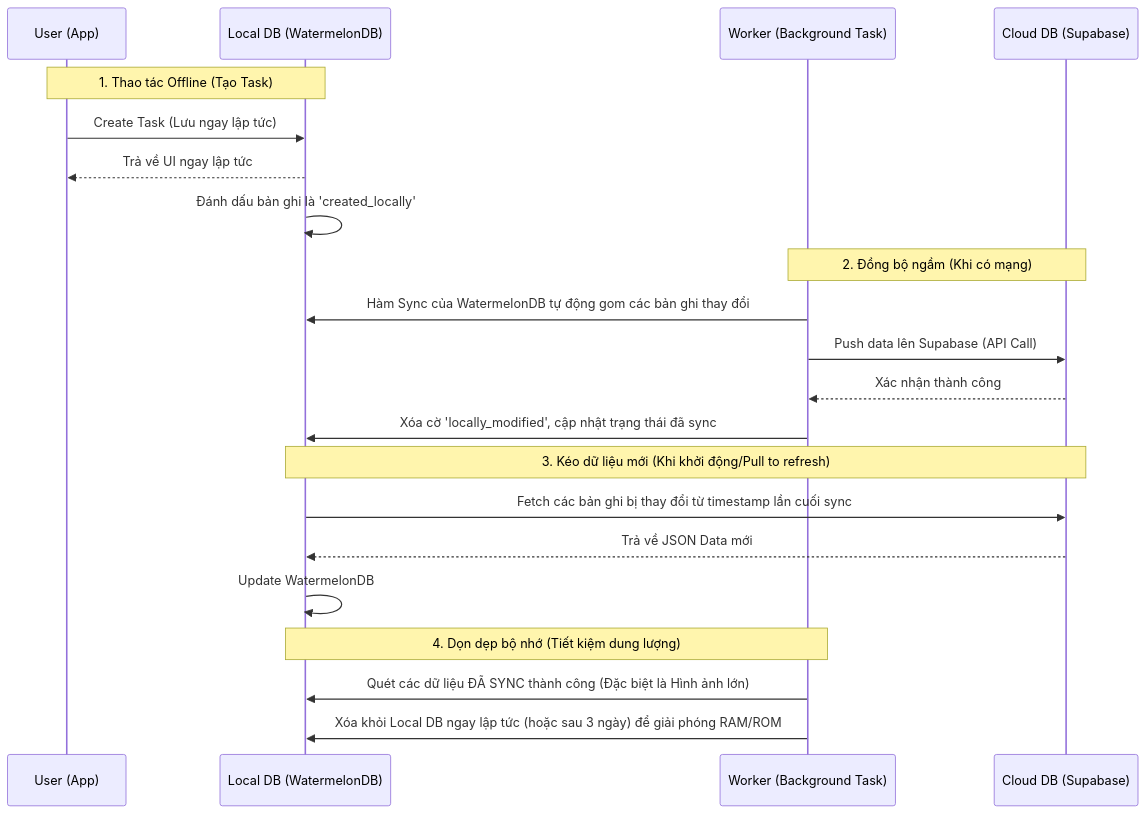
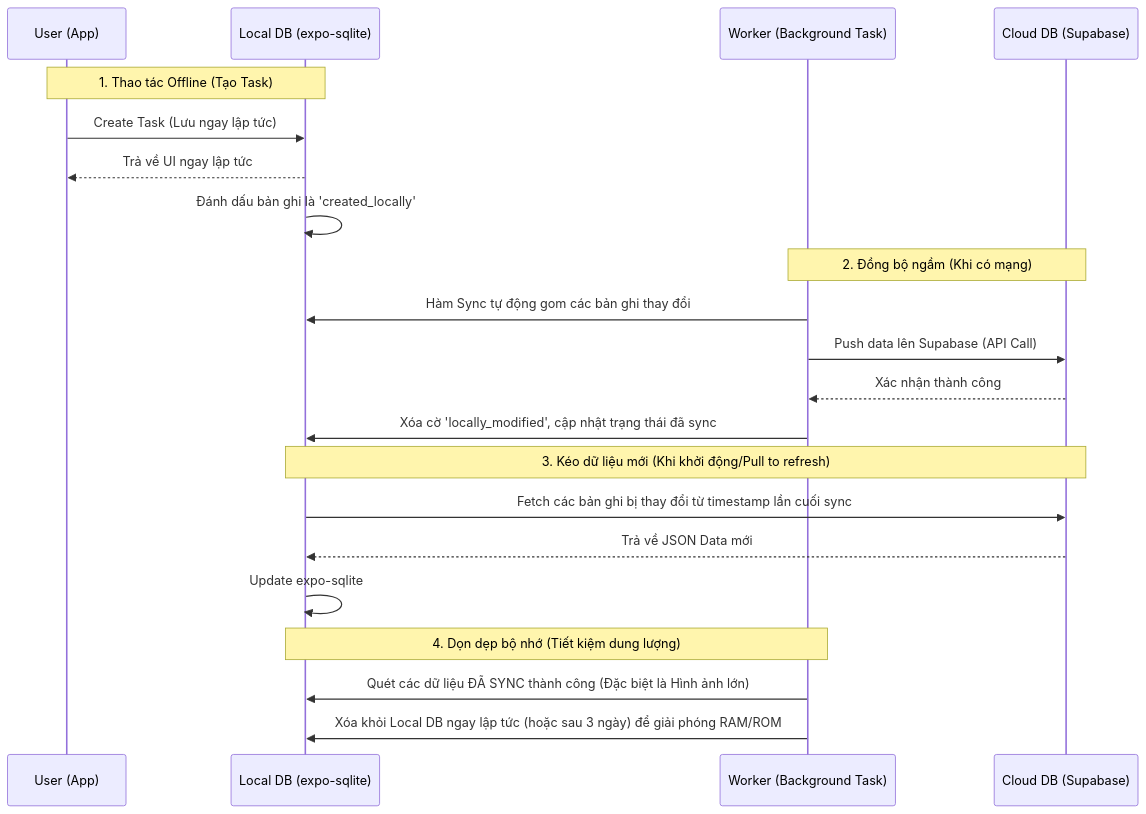
The second of 2 diagrams in ARCHITECTURE.md (pltc-itogy/EtoDo), drawn with Mermaid before and after one commit. The commit also changed other lines of this file and 24 other files, not shown here.

Commit message:
feat(activities): migrate to expo-sqlite and implement dark basic UI

````diff
--- a/ARCHITECTURE.md
+++ b/ARCHITECTURE.md
@@ -123,27 +123,27 @@
 ```mermaid
 sequenceDiagram
     participant U as User (App)
-    participant L as Local DB (WatermelonDB)
+    participant L as Local DB (expo-sqlite)
     participant W as Worker (Background Task)
     participant S as Cloud DB (Supabase)
 
     Note over U, L: 1. Thao tác Offline (Tạo Task)
     U->>L: Create Task (Lưu ngay lập tức)
     L-->>U: Trả về UI ngay lập tức
     L->>L: Đánh dấu bản ghi là 'created_locally'
 
     Note over W, S: 2. Đồng bộ ngầm (Khi có mạng)
-    W->>L: Hàm Sync của WatermelonDB tự động gom các bản ghi thay đổi
+    W->>L: Hàm Sync tự động gom các bản ghi thay đổi
     W->>S: Push data lên Supabase (API Call)
     S-->>W: Xác nhận thành công
     W->>L: Xóa cờ 'locally_modified', cập nhật trạng thái đã sync
 
     Note over S, L: 3. Kéo dữ liệu mới (Khi khởi động/Pull to refresh)
     L->>S: Fetch các bản ghi bị thay đổi từ timestamp lần cuối sync
     S-->>L: Trả về JSON Data mới
-    L->>L: Update WatermelonDB
+    L->>L: Update expo-sqlite
 
     Note over L, W: 4. Dọn dẹp bộ nhớ (Tiết kiệm dung lượng)
     W->>L: Quét các dữ liệu ĐÃ SYNC thành công (Đặc biệt là Hình ảnh lớn)
     W->>L: Xóa khỏi Local DB ngay lập tức (hoặc sau 3 ngày) để giải phóng RAM/ROM
 ```
````
